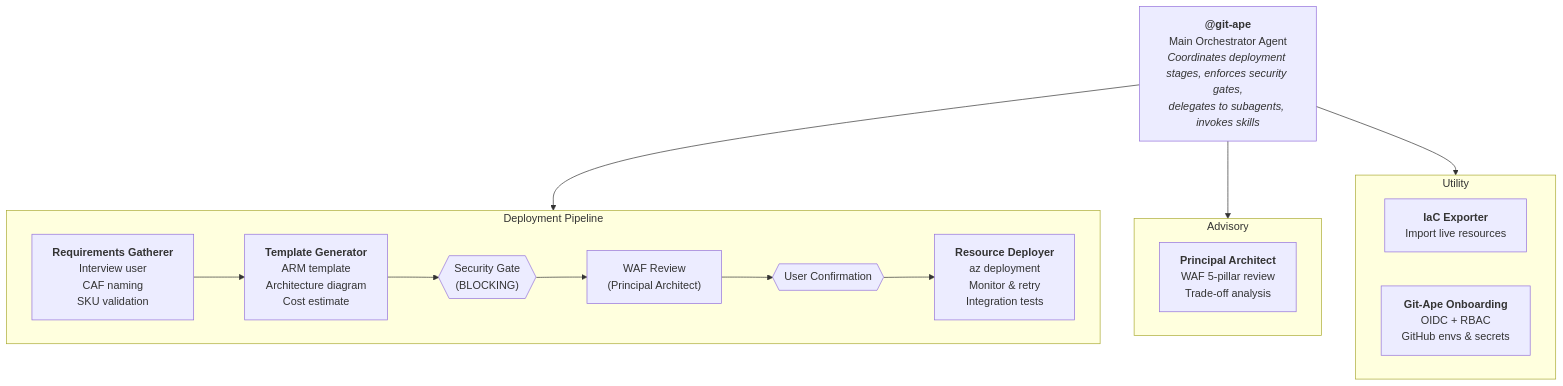
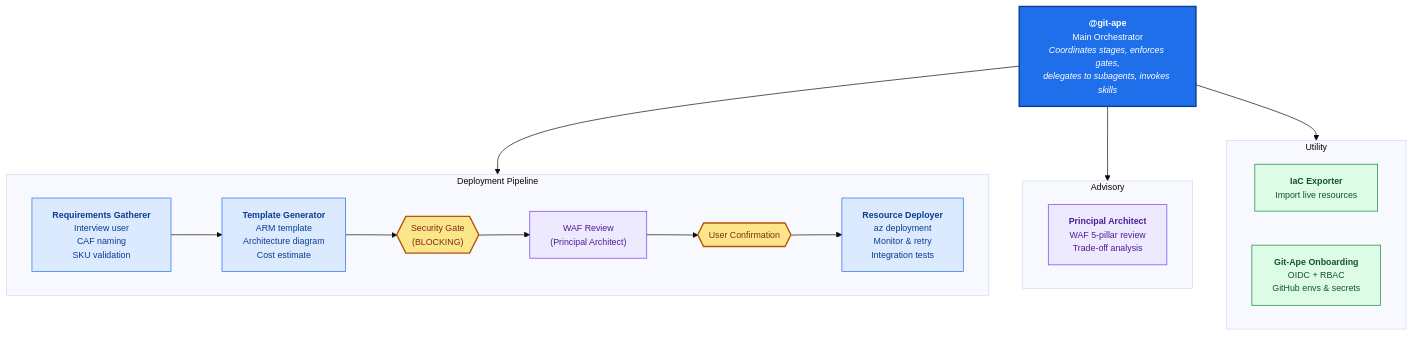
The first of 3 diagrams in README.md (Azure/git-ape), drawn with Mermaid before and after one commit. The commit also changed other lines of this file, not shown here.

Commit message:
docs: clarify README and add color theming to Mermaid diagrams

````diff
--- a/README.md
+++ b/README.md
@@ -104,28 +87,41 @@
 ```mermaid
+%%{init: {'theme':'base','themeVariables':{'fontSize':'13px'}}}%%
 graph TD
-    GA["<b>@git-ape</b><br/>Main Orchestrator Agent<br/><i>Coordinates deployment stages, enforces security gates,<br/>delegates to subagents, invokes skills</i>"]
+    GA["<b>@git-ape</b><br/>Main Orchestrator<br/><i>Coordinates stages, enforces gates,<br/>delegates to subagents, invokes skills</i>"]
 
     GA --> DP
     GA --> AD
     GA --> UT
 
     subgraph DP ["Deployment Pipeline"]
         RG["<b>Requirements Gatherer</b><br/>Interview user<br/>CAF naming<br/>SKU validation"]
         TG["<b>Template Generator</b><br/>ARM template<br/>Architecture diagram<br/>Cost estimate"]
         SG{{"Security Gate<br/>(BLOCKING)"}}
         WR["WAF Review<br/>(Principal Architect)"]
         UC{{"User Confirmation"}}
         RD["<b>Resource Deployer</b><br/>az deployment<br/>Monitor & retry<br/>Integration tests"]
 
         RG --> TG --> SG --> WR --> UC --> RD
     end
 
     subgraph AD ["Advisory"]
         PA["<b>Principal Architect</b><br/>WAF 5-pillar review<br/>Trade-off analysis"]
     end
 
     subgraph UT ["Utility"]
         IE["<b>IaC Exporter</b><br/>Import live resources"]
         OB["<b>Git-Ape Onboarding</b><br/>OIDC + RBAC<br/>GitHub envs & secrets"]
     end
+
+    classDef orchestrator fill:#1f6feb,stroke:#0b3d91,stroke-width:2px,color:#ffffff
+    classDef pipeline fill:#dbeafe,stroke:#1f6feb,stroke-width:1px,color:#0b3d91
+    classDef gate fill:#fde68a,stroke:#b45309,stroke-width:2px,color:#7c2d12
+    classDef advisory fill:#ede9fe,stroke:#7c3aed,stroke-width:1px,color:#4c1d95
+    classDef utility fill:#dcfce7,stroke:#15803d,stroke-width:1px,color:#14532d
+
+    class GA orchestrator
+    class RG,TG,RD pipeline
+    class SG,UC gate
+    class WR,PA advisory
+    class IE,OB utility
 ```
````
